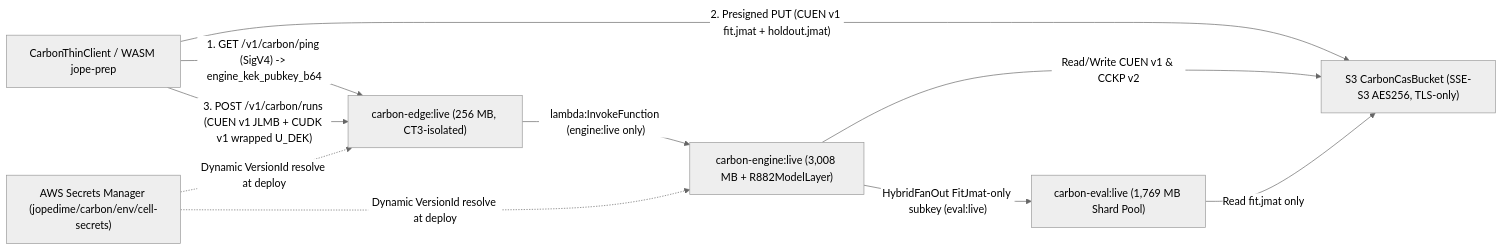
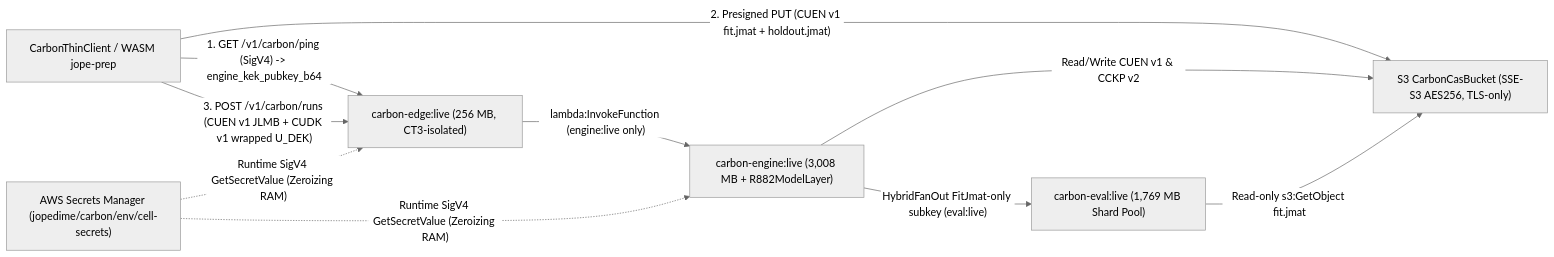
One commit to neverhuman/JopeDime changed the diagram in docs/runbooks/carbon-lambda-deploy.md. Above: the diagram before and after it, drawn with Mermaid (neutral theme). The commit also changed other lines of this file and 45 other files, not shown here.

````diff
--- a/docs/runbooks/carbon-lambda-deploy.md
+++ b/docs/runbooks/carbon-lambda-deploy.md
@@ -11,19 +11,19 @@
 ```mermaid
 flowchart LR
     Client["CarbonThinClient / WASM jope-prep"]
     Edge["carbon-edge:live (256 MB, CT3-isolated)"]
     CAS["S3 CarbonCasBucket (SSE-S3 AES256, TLS-only)"]
     Secrets["AWS Secrets Manager (jopedime/carbon/env/cell-secrets)"]
     Engine["carbon-engine:live (3,008 MB + R882ModelLayer)"]
     Eval["carbon-eval:live (1,769 MB Shard Pool)"]
 
     Client -- "1. GET /v1/carbon/ping (SigV4) -> engine_kek_pubkey_b64" --> Edge
     Client -- "2. Presigned PUT (CUEN v1 fit.jmat + holdout.jmat)" --> CAS
     Client -- "3. POST /v1/carbon/runs (CUEN v1 JLMB + CUDK v1 wrapped U_DEK)" --> Edge
     Edge -- "lambda:InvokeFunction (engine:live only)" --> Engine
-    Secrets -. "Dynamic VersionId resolve at deploy" .-> Edge
-    Secrets -. "Dynamic VersionId resolve at deploy" .-> Engine
+    Secrets -. "Runtime SigV4 GetSecretValue (Zeroizing RAM)" .-> Edge
+    Secrets -. "Runtime SigV4 GetSecretValue (Zeroizing RAM)" .-> Engine
     Engine -- "Read/Write CUEN v1 & CCKP v2" --> CAS
     Engine -- "HybridFanOut FitJmat-only subkey (eval:live)" --> Eval
-    Eval -- "Read fit.jmat only" --> CAS
+    Eval -- "Read-only s3:GetObject fit.jmat" --> CAS
 ```
````
